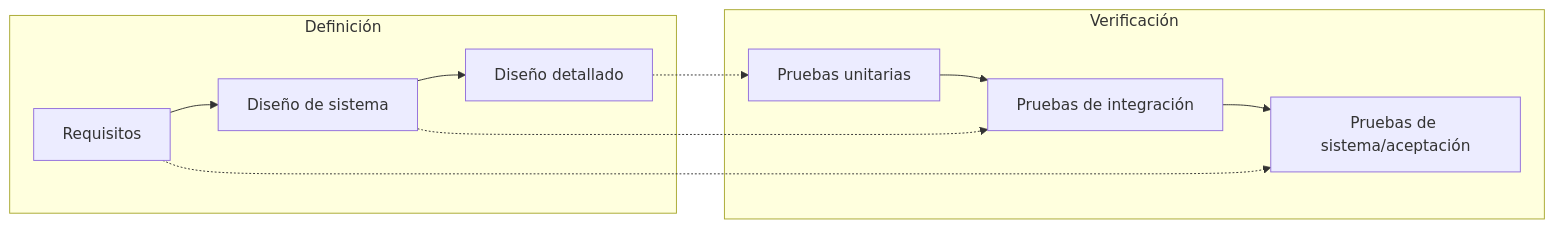
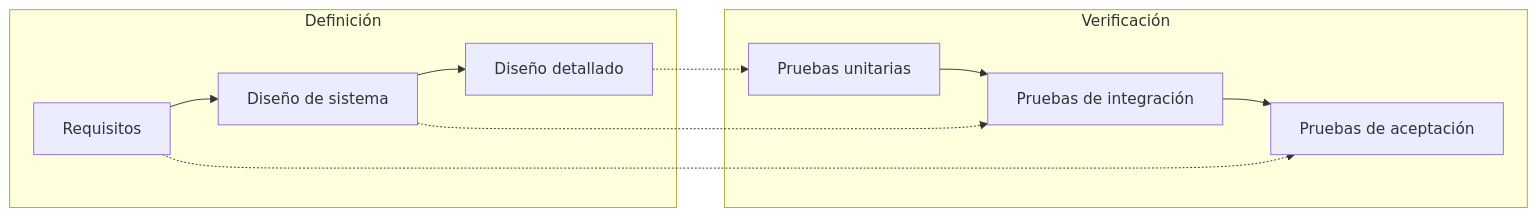
Before and after one commit to aitorventura/entornos-de-desarrollo: the ninth of 10 diagrams in docs/tema1/fases.md, drawn with Mermaid. The commit also changed other lines of this file and 348 other files, not shown here.

````diff
--- a/docs/tema1/fases.md
+++ b/docs/tema1/fases.md
@@ -798,12 +555,12 @@
 ```mermaid
 flowchart LR
   subgraph Definición
-  A1[Requisitos] --> A2[Diseño de sistema] --> A3[Diseño detallado]
+    A1[Requisitos] --> A2[Diseño de sistema] --> A3[Diseño detallado]
   end
   subgraph Verificación
-  B3[Pruebas unitarias] --> B2[Pruebas de integración] --> B1[Pruebas de sistema/aceptación]
+    B3[Pruebas unitarias] --> B2[Pruebas de integración] --> B1[Pruebas de aceptación]
   end
   A3 -.-> B3
   A2 -.-> B2
   A1 -.-> B1
 ```
````
